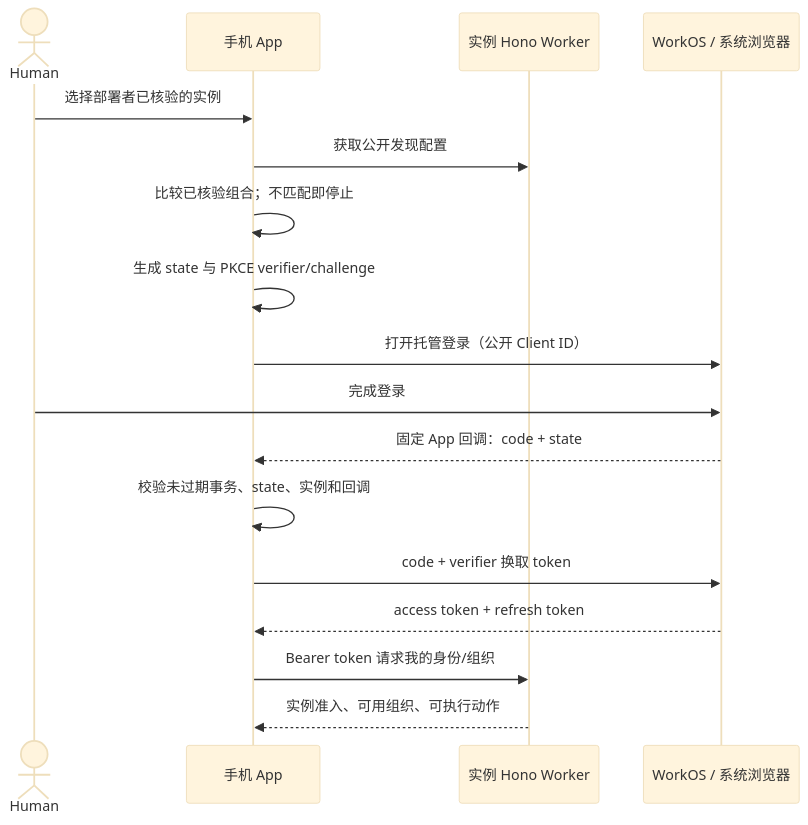
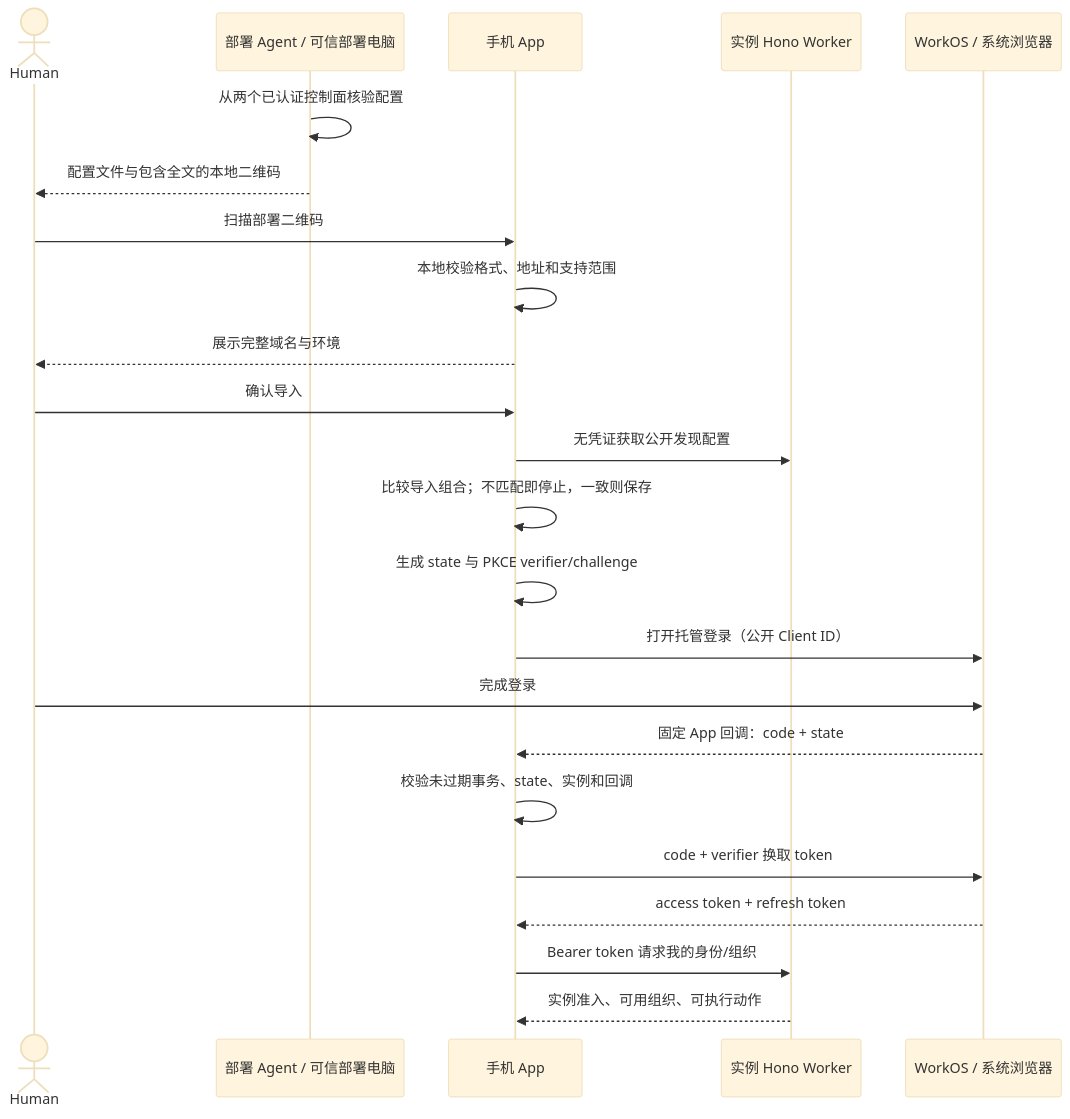
Before and after one commit to BotHarness/tob: the second of 2 diagrams in docs/t1-design.md, drawn with Mermaid (base theme). The commit also changed other lines of this file and 1 other file, not shown here.

````diff
--- a/docs/t1-design.md
+++ b/docs/t1-design.md
@@ -166,19 +208,25 @@
 ```mermaid
 sequenceDiagram
   actor H as Human
+  participant D as 部署 Agent / 可信部署电脑
   participant M as 手机 App
   participant W as 实例 Hono Worker
   participant A as WorkOS / 系统浏览器
-  H->>M: 选择部署者已核验的实例
-  M->>W: 获取公开发现配置
-  M->>M: 比较已核验组合；不匹配即停止
+  D->>D: 从两个已认证控制面核验配置
+  D-->>H: 配置文件与包含全文的本地二维码
+  H->>M: 扫描部署二维码
+  M->>M: 本地校验格式、地址和支持范围
+  M-->>H: 展示完整域名与环境
+  H->>M: 确认导入
+  M->>W: 无凭证获取公开发现配置
+  M->>M: 比较导入组合；不匹配即停止，一致则保存
   M->>M: 生成 state 与 PKCE verifier/challenge
   M->>A: 打开托管登录（公开 Client ID）
   H->>A: 完成登录
   A-->>M: 固定 App 回调：code + state
   M->>M: 校验未过期事务、state、实例和回调
   M->>A: code + verifier 换取 token
   A-->>M: access token + refresh token
   M->>W: Bearer token 请求我的身份/组织
   W-->>M: 实例准入、可用组织、可执行动作
 ```
````
